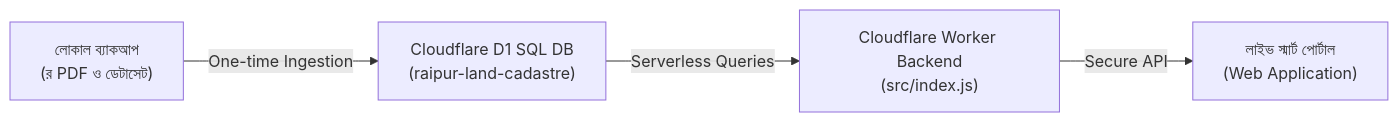
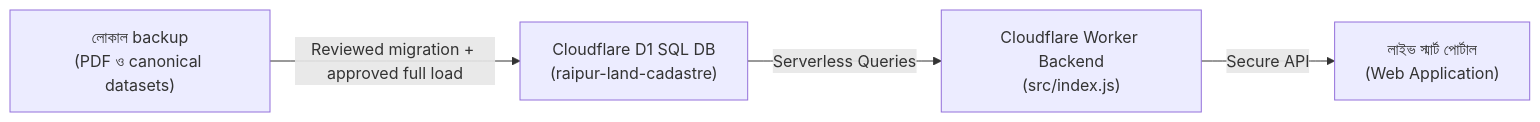
Before and after one commit to Supremeai-bd/Land-bd: the diagram in README.md, drawn with Mermaid. The commit also changed other lines of this file and 19 other files, not shown here.

````diff
--- a/README.md
+++ b/README.md
@@ -18,6 +18,6 @@
 ```mermaid
 flowchart LR
-    A["লোকাল ব্যাকআপ<br/>(র PDF ও ডেটাসেট)"] -->|One-time Ingestion| B["Cloudflare D1 SQL DB<br/>(raipur-land-cadastre)"]
+    A["লোকাল backup<br/>(PDF ও canonical datasets)"] -->|Reviewed migration + approved full load| B["Cloudflare D1 SQL DB<br/>(raipur-land-cadastre)"]
     B -->|Serverless Queries| C["Cloudflare Worker Backend<br/>(src/index.js)"]
     C -->|Secure API| D["লাইভ স্মার্ট পোর্টাল<br/>(Web Application)"]
 ```
````
